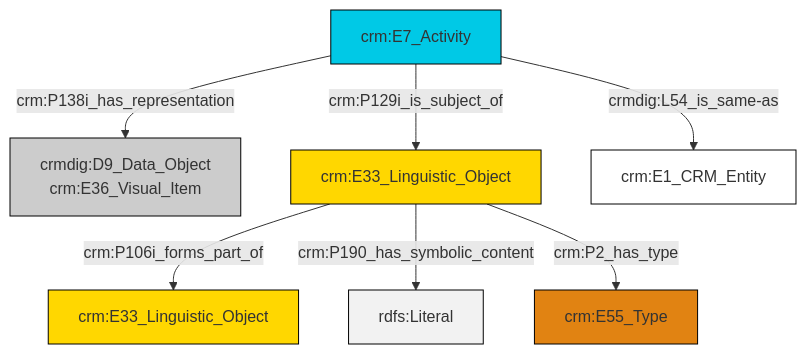
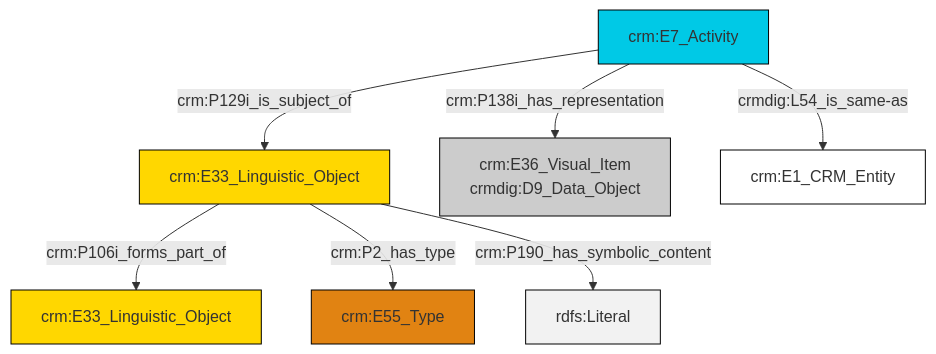
The diagram in et/eventCSV/ttl/mmd/event_documentation.ttl.mmd (swiss-art-research-net/reference-data-models), drawn with Mermaid before and after one commit. The commit also changed 122 other files, not shown here.

```diff
--- a/et/eventCSV/ttl/mmd/event_documentation.ttl.mmd
+++ b/et/eventCSV/ttl/mmd/event_documentation.ttl.mmd
@@ -1,21 +1,21 @@
 graph TD
 classDef Literal fill:#f2f2f2,stroke:#000000;
 classDef CRM_Entity fill:#FFFFFF,stroke:#000000;
 classDef Temporal_Entity fill:#00C9E6, stroke:#000000;
 classDef Type fill:#E18312, stroke:#000000;
 classDef Time-Span fill:#2C9C91, stroke:#000000;
 classDef Appellation fill:#FFEB7F, stroke:#000000;
 classDef Place fill:#008836, stroke:#000000;
 classDef Persistent_Item fill:#B266B2, stroke:#000000;
 classDef Conceptual_Object fill:#FFD700, stroke:#000000;
 classDef Physical_Thing fill:#D2B48C, stroke:#000000;
 classDef Actor fill:#f58aad, stroke:#000000;
 classDef PC_Classes fill:#4ce600, stroke:#000000;
 classDef Multi fill:#cccccc,stroke:#000000;
 
-0["crm:E7_Activity"]:::Temporal_Entity -->|crm:P138i_has_representation| 1["crmdig:D9_Data_Object<br>crm:E36_Visual_Item"]:::Multi
-4["crm:E33_Linguistic_Object"]:::Conceptual_Object -->|crm:P106i_forms_part_of| 2["crm:E33_Linguistic_Object"]:::Conceptual_Object
-4["crm:E33_Linguistic_Object"]:::Conceptual_Object -->|crm:P190_has_symbolic_content| 7[rdfs:Literal]:::Literal
-0["crm:E7_Activity"]:::Temporal_Entity -->|crmdig:L54_is_same-as| 8["crm:E1_CRM_Entity"]:::CRM_Entity
-0["crm:E7_Activity"]:::Temporal_Entity -->|crm:P129i_is_subject_of| 4["crm:E33_Linguistic_Object"]:::Conceptual_Object
-4["crm:E33_Linguistic_Object"]:::Conceptual_Object -->|crm:P2_has_type| 11["crm:E55_Type"]:::Type
+0["crm:E33_Linguistic_Object"]:::Conceptual_Object -->|crm:P106i_forms_part_of| 1["crm:E33_Linguistic_Object"]:::Conceptual_Object
+8["crm:E7_Activity"]:::Temporal_Entity -->|crmdig:L54_is_same-as| 6["crm:E1_CRM_Entity"]:::CRM_Entity
+8["crm:E7_Activity"]:::Temporal_Entity -->|crm:P138i_has_representation| 2["crm:E36_Visual_Item<br>crmdig:D9_Data_Object"]:::Multi
+8["crm:E7_Activity"]:::Temporal_Entity -->|crm:P129i_is_subject_of| 0["crm:E33_Linguistic_Object"]:::Conceptual_Object
+0["crm:E33_Linguistic_Object"]:::Conceptual_Object -->|crm:P2_has_type| 9["crm:E55_Type"]:::Type
+0["crm:E33_Linguistic_Object"]:::Conceptual_Object -->|crm:P190_has_symbolic_content| 14[rdfs:Literal]:::Literal
```
